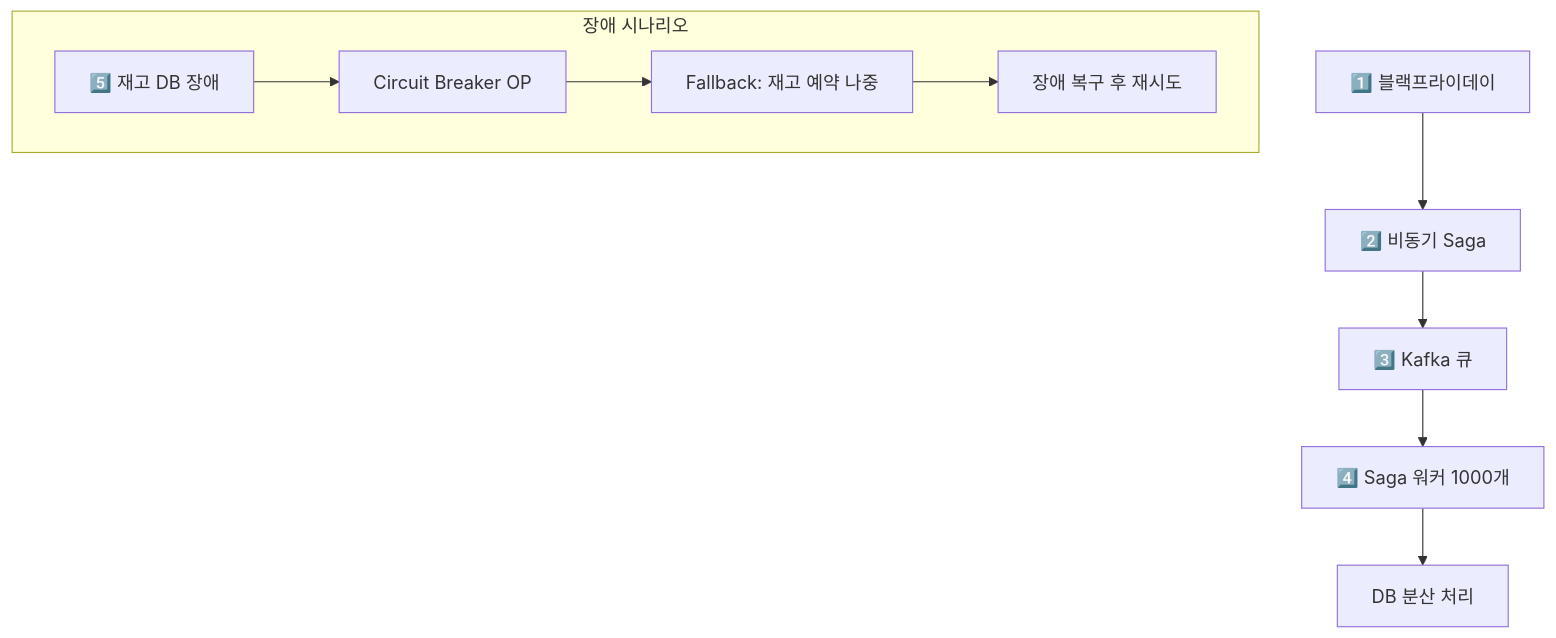
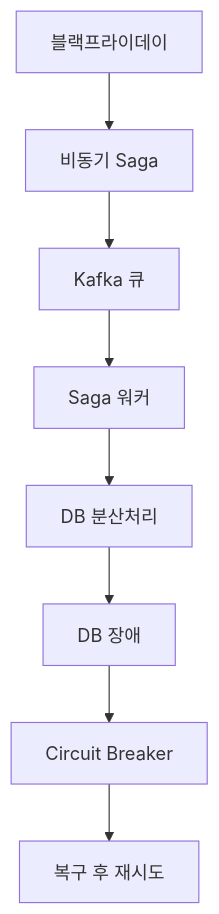
Before and after one commit to yjkim2015/yjkim2015.github.io: diagram 13 of 14 in _posts/architecture/2026-05-02-distributed-transaction-deep.md, drawn with Mermaid. The commit also changed other lines of this file and 155 other files, not shown here.

First line of the commit message:
Mermaid 전면 수정: subgraph 제거, participant/노드/줄수 축소 (342블록)

````diff
--- a/_posts/architecture/2026-05-02-distributed-transaction-deep.md
+++ b/_posts/architecture/2026-05-02-distributed-transaction-deep.md
@@ -613,14 +609,10 @@
 ```mermaid
 graph TD
-    Flash["1️⃣ 블랙프라이데이"]
-    Flash --> Async["2️⃣ 비동기 Saga"]
-    Async --> Queue["3️⃣ Kafka 큐"]
-    Queue --> Workers["4️⃣ Saga 워커 1000개"]
-    Workers --> DB["DB 분산 처리"]
-    subgraph "장애 시나리오"
-        DBFail["5️⃣ 재고 DB 장애"]
-        DBFail --> CircuitBreak["Circuit Breaker OP"]
-        CircuitBreak --> Fallback["Fallback: 재고 예약 나중"]
-        Fallback --> RetryLater["장애 복구 후 재시도"]
-    end
+    Flash["블랙프라이데이"] --> Async["비동기 Saga"]
+    Async --> Queue["Kafka 큐"]
+    Queue --> Workers["Saga 워커"]
+    Workers --> DB["DB 분산처리"]
+    DB --> DBFail["DB 장애"]
+    DBFail --> CB["Circuit Breaker"]
+    CB --> Retry["복구 후 재시도"]
 ```
````
